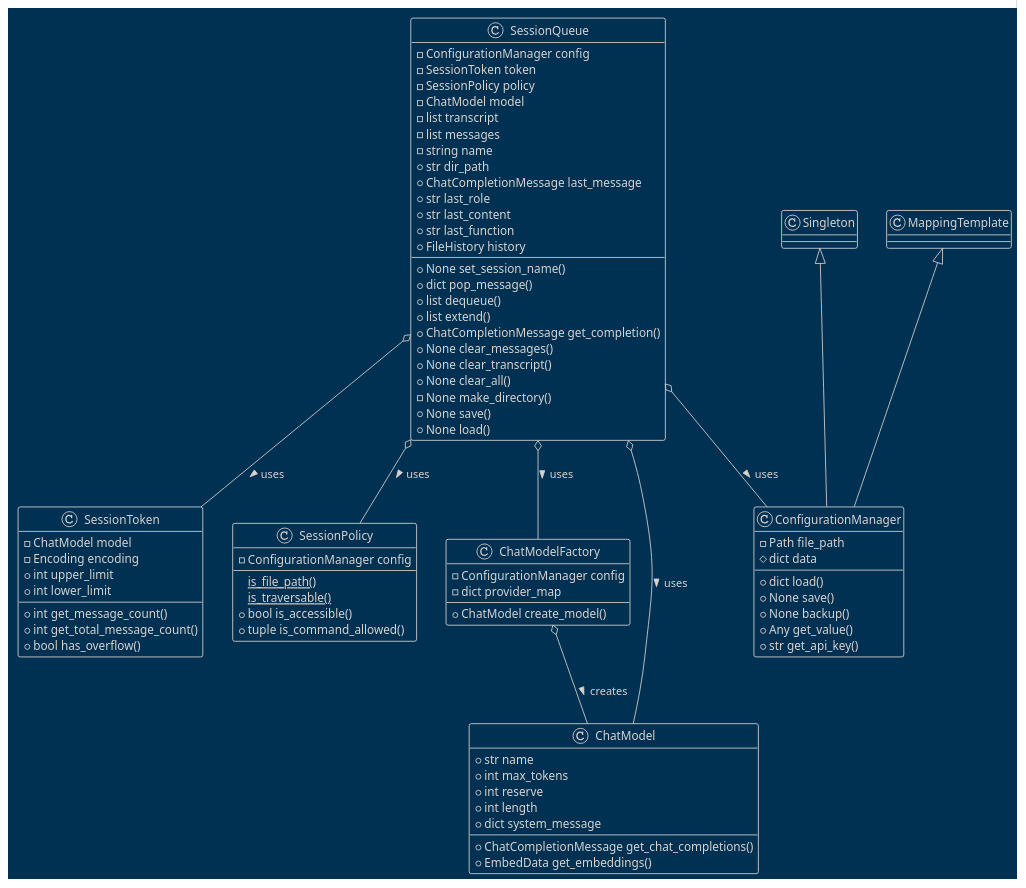
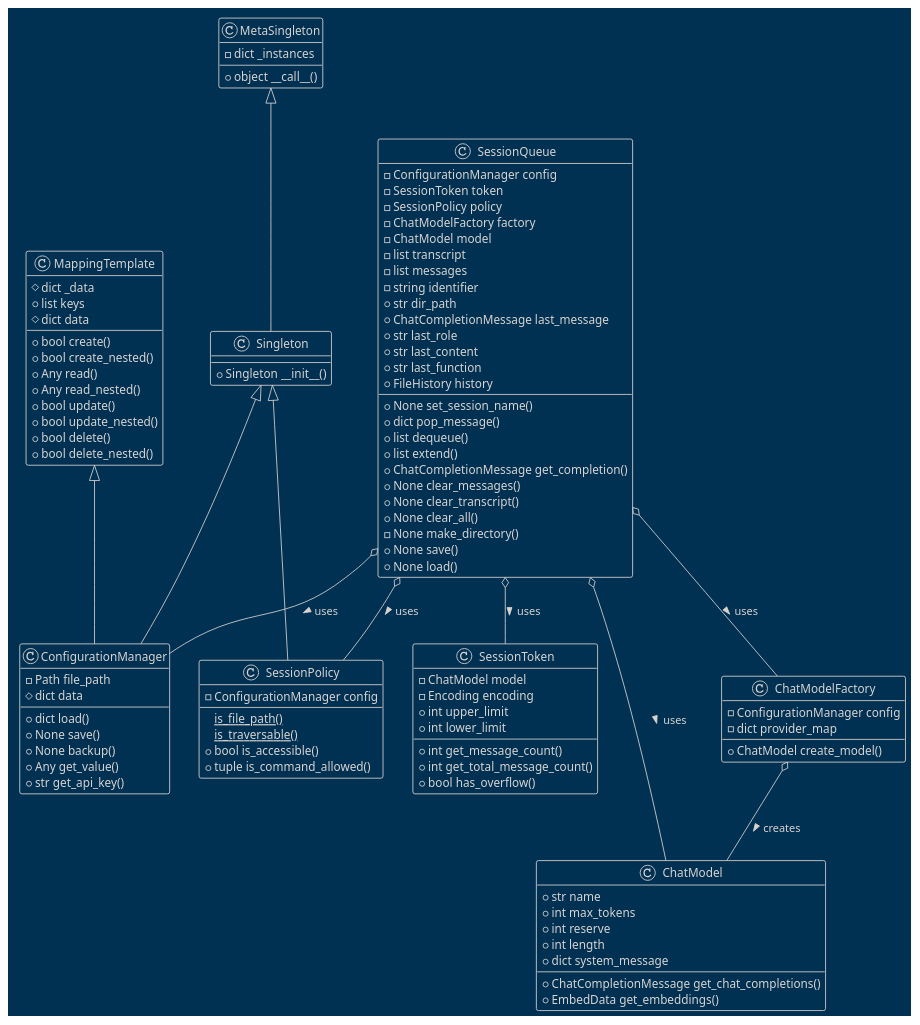
Before and after one commit to teleprint-me/py.gpt.prompt: the diagram in docs/diagrams/plantuml/session_queue.puml, drawn with PlantUML.

Commit message:
docs: Update and fix SessionQueue diagram

```diff
--- a/docs/diagrams/plantuml/session_queue.puml
+++ b/docs/diagrams/plantuml/session_queue.puml
@@ -1,85 +1,109 @@
 @startuml SessionQueue
 !theme blueprint
 
-' Define classes
+' docs/diagrams/plantuml/session_queue.puml
 
 class SessionQueue {
   - ConfigurationManager config
   - SessionToken token
   - SessionPolicy policy
+  - ChatModelFactory factory
   - ChatModel model
   - list transcript
   - list messages
-  - string name
+  - string identifier
   + str dir_path
   + ChatCompletionMessage last_message
   + str last_role
   + str last_content
   + str last_function
   + FileHistory history
   + None set_session_name()
   + dict pop_message()
   + list dequeue()
   + list extend()
   + ChatCompletionMessage get_completion()
   + None clear_messages()
   + None clear_transcript()
   + None clear_all()
   - None make_directory()
   + None save()
   + None load()
+}
+
+class MetaSingleton {
+    - dict _instances
+    + object __call__()
+}
+
+class Singleton extends MetaSingleton {
+  + Singleton __init__()
+}
+
+class MappingTemplate {
+  # dict _data
+  + list keys
+  # dict data
+  + bool create()
+  + bool create_nested()
+  + Any read()
+  + Any read_nested()
+  + bool update()
+  + bool update_nested()
+  + bool delete()
+  + bool delete_nested()
 }
 
 class ConfigurationManager extends Singleton, MappingTemplate {
   - Path file_path
   # dict data
   + dict load()
   + None save()
   + None backup()
   + Any get_value()
   + str get_api_key()
 }
 
 class SessionToken {
   - ChatModel model
   - Encoding encoding
   + int upper_limit
   + int lower_limit
   + int get_message_count()
   + int get_total_message_count()
   + bool has_overflow()
 }
 
-class SessionPolicy {
+class SessionPolicy extends Singleton {
   - ConfigurationManager config
   {static} is_file_path()
   {static} is_traversable()
   + bool is_accessible()
   + tuple is_command_allowed()
 }
 
 class ChatModelFactory {
   - ConfigurationManager config
   - dict provider_map
   + ChatModel create_model()
 }
 
 class ChatModel {
   + str name
   + int max_tokens
   + int reserve
   + int length
   + dict system_message
   + ChatCompletionMessage get_chat_completions()
   + EmbedData get_embeddings()
 }
 
 ' Define relationships
 
 SessionQueue o-- ConfigurationManager : uses >
 SessionQueue o-- SessionToken : uses >
 SessionQueue o-- SessionPolicy : uses >
 SessionQueue o-- ChatModel : uses >
 ChatModelFactory o-- ChatModel : creates >
 SessionQueue o-- ChatModelFactory : uses >
 @enduml
```
